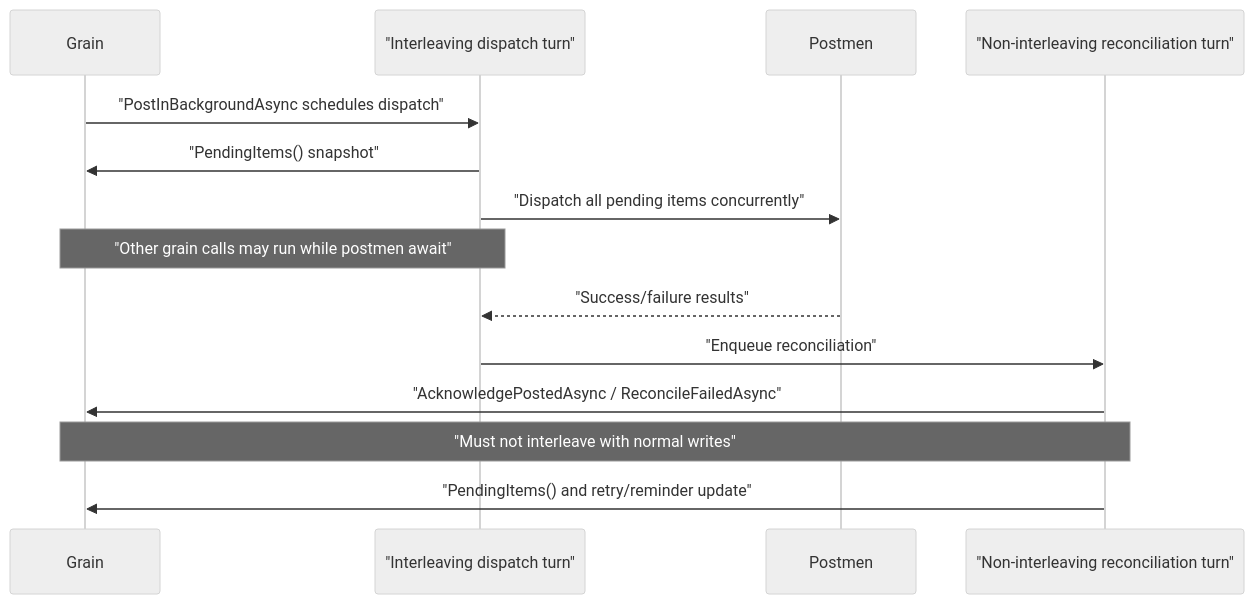
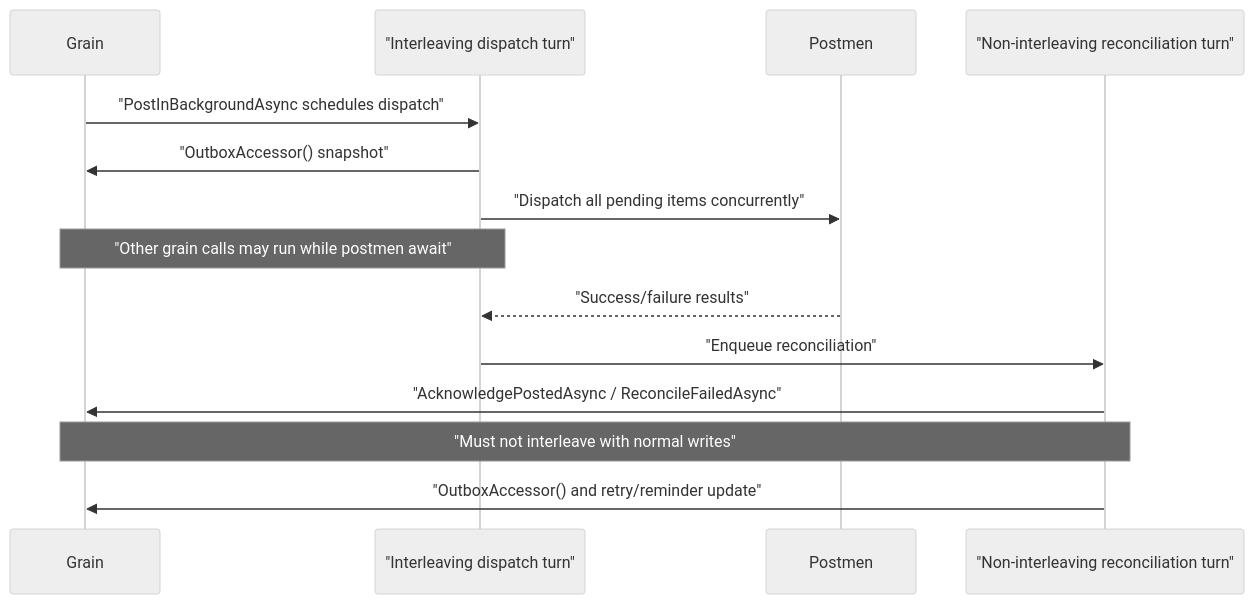
One commit to egil/framework changed the second of 2 diagrams in Egil.Orleans.Messaging/api-design.md. Above: the diagram before and after it, drawn with Mermaid (neutral theme). The commit also changed other lines of this file and 8 other files, not shown here.

First line of the commit message:
refactor(om)!: rename pending items callback to outbox accessor

````diff
--- a/Egil.Orleans.Messaging/api-design.md
+++ b/Egil.Orleans.Messaging/api-design.md
@@ -1287,17 +1289,17 @@
 ```mermaid
 sequenceDiagram
     participant Grain
     participant Dispatch as "Interleaving dispatch turn"
     participant Postmen
     participant Reconcile as "Non-interleaving reconciliation turn"
 
     Grain->>Dispatch: "PostInBackgroundAsync schedules dispatch"
-    Dispatch->>Grain: "PendingItems() snapshot"
+    Dispatch->>Grain: "OutboxAccessor() snapshot"
     Dispatch->>Postmen: "Dispatch all pending items concurrently"
     Note over Dispatch,Grain: "Other grain calls may run while postmen await"
     Postmen-->>Dispatch: "Success/failure results"
     Dispatch->>Reconcile: "Enqueue reconciliation"
     Reconcile->>Grain: "AcknowledgePostedAsync / ReconcileFailedAsync"
     Note over Reconcile,Grain: "Must not interleave with normal writes"
-    Reconcile->>Grain: "PendingItems() and retry/reminder update"
+    Reconcile->>Grain: "OutboxAccessor() and retry/reminder update"
 ```
````
